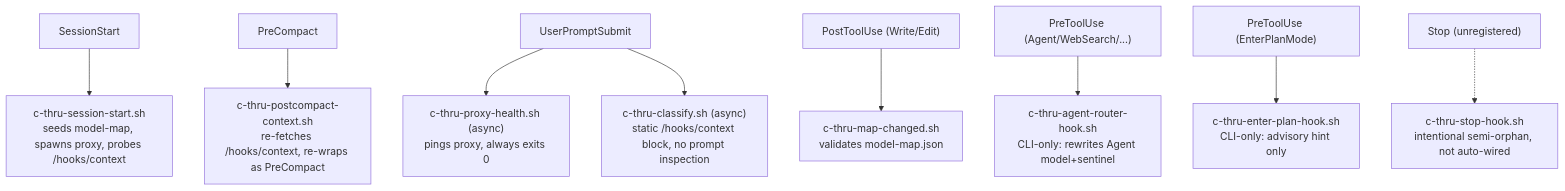
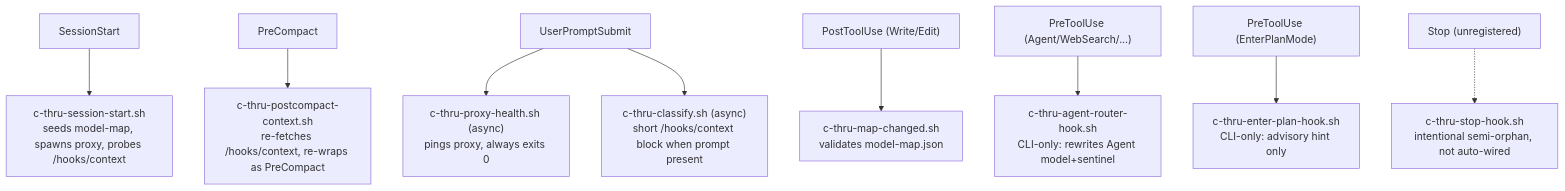
One commit to whichguy/c-thru changed the fourth of 7 diagrams in docs/architecture-diagrams.md. Above: the diagram before and after it, drawn with Mermaid. The commit also changed 59 other files, not shown here.

First line of the commit message:
feat(c-thru): native agents proxy, event-split hooks, drop agent colors

````diff
--- a/docs/architecture-diagrams.md
+++ b/docs/architecture-diagrams.md
@@ -140,11 +140,11 @@
 ```mermaid
 flowchart TD
     Sess[SessionStart] --> H1["c-thru-session-start.sh<br/>seeds model-map, spawns proxy, probes /hooks/context"]
     Compact[PreCompact] --> H2["c-thru-postcompact-context.sh<br/>re-fetches /hooks/context, re-wraps as PreCompact"]
     Prompt[UserPromptSubmit] --> H3["c-thru-proxy-health.sh (async)<br/>pings proxy, always exits 0"]
-    Prompt --> H4["c-thru-classify.sh (async)<br/>static /hooks/context block, no prompt inspection"]
+    Prompt --> H4["c-thru-classify.sh (async)<br/>short /hooks/context block when prompt present"]
     PostTool["PostToolUse (Write/Edit)"] --> H5["c-thru-map-changed.sh<br/>validates model-map.json"]
     PreToolAgent["PreToolUse (Agent/WebSearch/...)"] --> H6["c-thru-agent-router-hook.sh<br/>CLI-only: rewrites Agent model+sentinel"]
     PreToolPlan["PreToolUse (EnterPlanMode)"] --> H7["c-thru-enter-plan-hook.sh<br/>CLI-only: advisory hint only"]
     Stop["Stop (unregistered)"] -.-> H8["c-thru-stop-hook.sh<br/>intentional semi-orphan, not auto-wired"]
 ```
````
